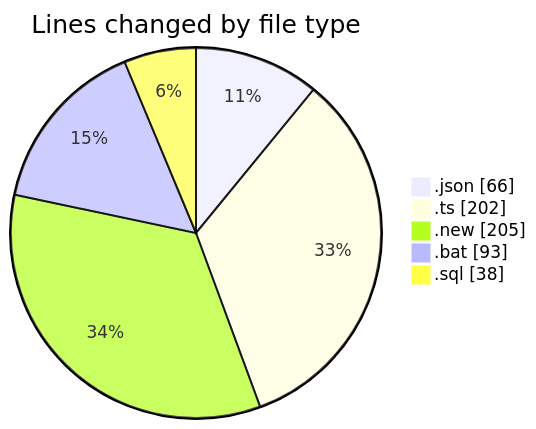
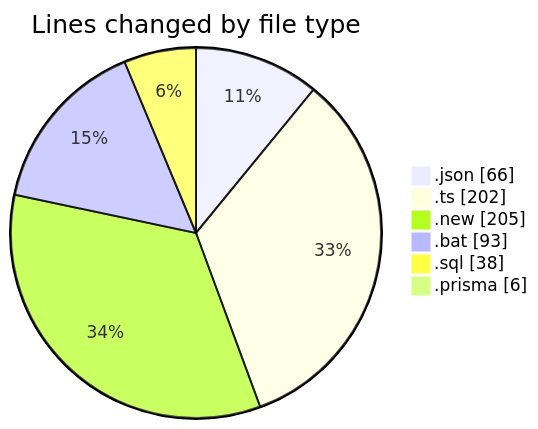
The first of 2 diagrams in 2025-05-20/ecodeli-1/README.md (CELIANVF/code-tracking), drawn with Mermaid before and after one commit. The commit also changed other lines of this file and 1 other file, not shown here.

````diff
--- a/2025-05-20/ecodeli-1/README.md
+++ b/2025-05-20/ecodeli-1/README.md
@@ -26,9 +27,10 @@
 ```mermaid
 pie showData
 title Lines changed by file type
 ".json" : 66
 ".ts" : 202
 ".new" : 205
 ".bat" : 93
 ".sql" : 38
+".prisma" : 6
 ```
````
